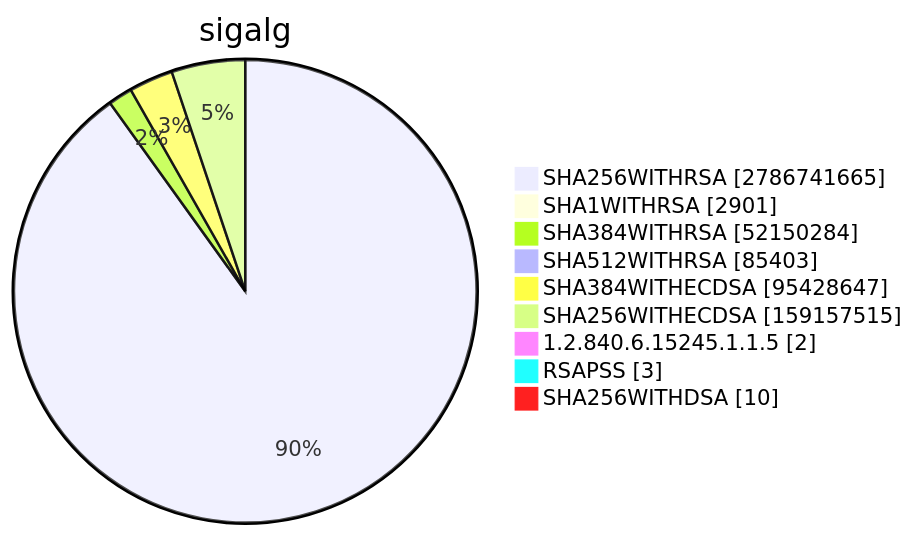
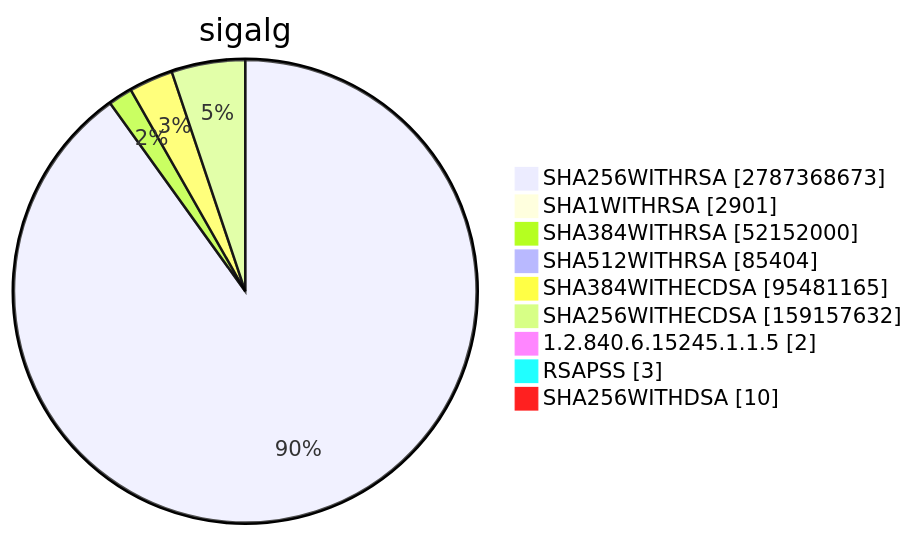
Before and after one commit to christiankrug/ctmonitor_visualization: diagram 15 of 15 in TOTAL/README.md, drawn with Mermaid. The commit also changed other lines of this file, not shown here.

````diff
--- a/TOTAL/README.md
+++ b/TOTAL/README.md
@@ -6205,13 +6205,13 @@
 ```mermaid
 pie showData
 title sigalg
-"SHA256WITHRSA" :2786741665
+"SHA256WITHRSA" :2787368673
 "SHA1WITHRSA" :2901
-"SHA384WITHRSA" :52150284
-"SHA512WITHRSA" :85403
-"SHA384WITHECDSA" :95428647
-"SHA256WITHECDSA" :159157515
+"SHA384WITHRSA" :52152000
+"SHA512WITHRSA" :85404
+"SHA384WITHECDSA" :95481165
+"SHA256WITHECDSA" :159157632
 "1.2.840.6.15245.1.1.5" :2
 "RSAPSS" :3
 "SHA256WITHDSA" :10
 ```
````
